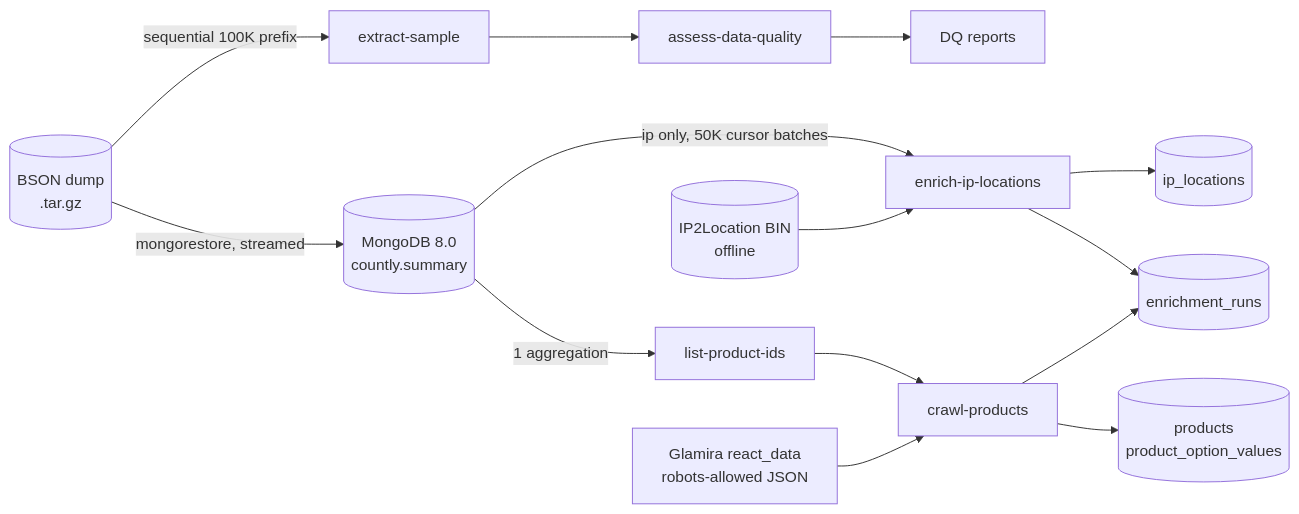
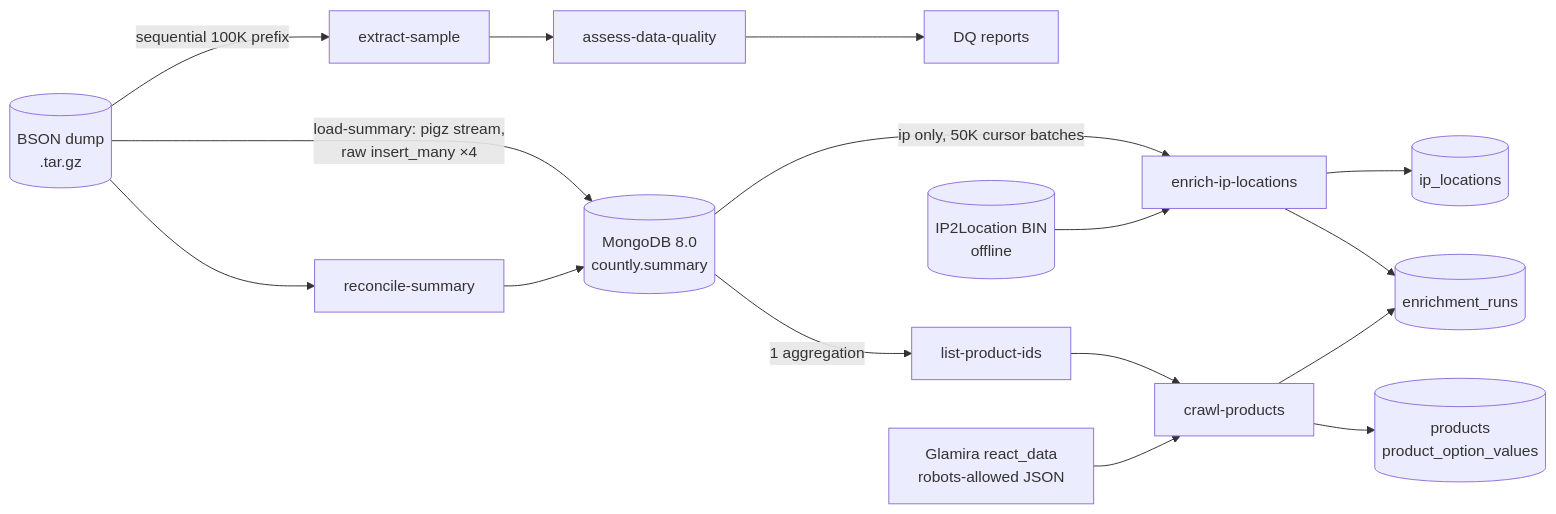
The diagram in README.md (ducklemon596/ecommerce-clickstream-pipeline-gcp), drawn with Mermaid before and after one commit. The commit also changed other lines of this file and 1 other file, not shown here.

Commit message:
docs: document the summary loader

````diff
--- a/README.md
+++ b/README.md
@@ -27,13 +28,14 @@
 ```mermaid
 flowchart LR
-    A[(BSON dump<br/>.tar.gz)] -->|mongorestore, streamed| M[(MongoDB 8.0<br/>countly.summary)]
+    A[(BSON dump<br/>.tar.gz)] -->|load-summary: pigz stream,<br/>raw insert_many ×4| M[(MongoDB 8.0<br/>countly.summary)]
+    A --> V[reconcile-summary] --> M
     A -->|sequential 100K prefix| S[extract-sample] --> Q[assess-data-quality] --> R1[DQ reports]
     M -->|ip only, 50K cursor batches| I[enrich-ip-locations]
     B[(IP2Location BIN<br/>offline)] --> I
     I --> IL[(ip_locations)]
     M -->|1 aggregation| L[list-product-ids] --> C[crawl-products]
     W[Glamira react_data<br/>robots-allowed JSON] --> C
     C --> P[(products<br/>product_option_values)]
     I --> RUN[(enrichment_runs)]
     C --> RUN
 ```
````
